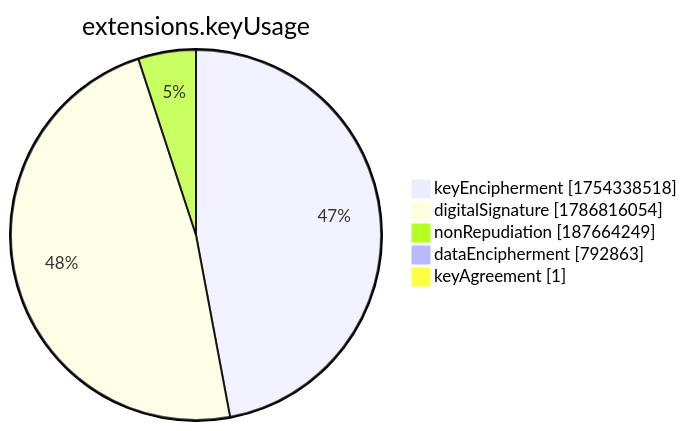
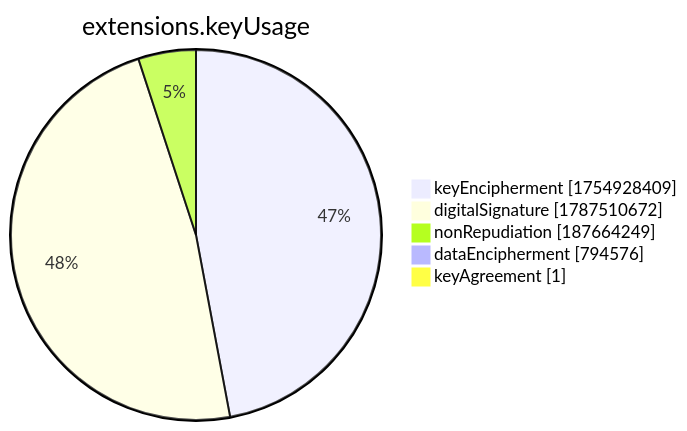
The seventh of 15 diagrams in xenon2022/README.md (christiankrug/ctmonitor_visualization), drawn with Mermaid before and after one commit. The commit also changed other lines of this file, not shown here.

````diff
--- a/xenon2022/README.md
+++ b/xenon2022/README.md
@@ -2859,9 +2859,9 @@
 ```mermaid
 pie showData
 title extensions.keyUsage
-"keyEncipherment" :1754338518
-"digitalSignature" :1786816054
+"keyEncipherment" :1754928409
+"digitalSignature" :1787510672
 "nonRepudiation" :187664249
-"dataEncipherment" :792863
+"dataEncipherment" :794576
 "keyAgreement" :1
 ```
````
